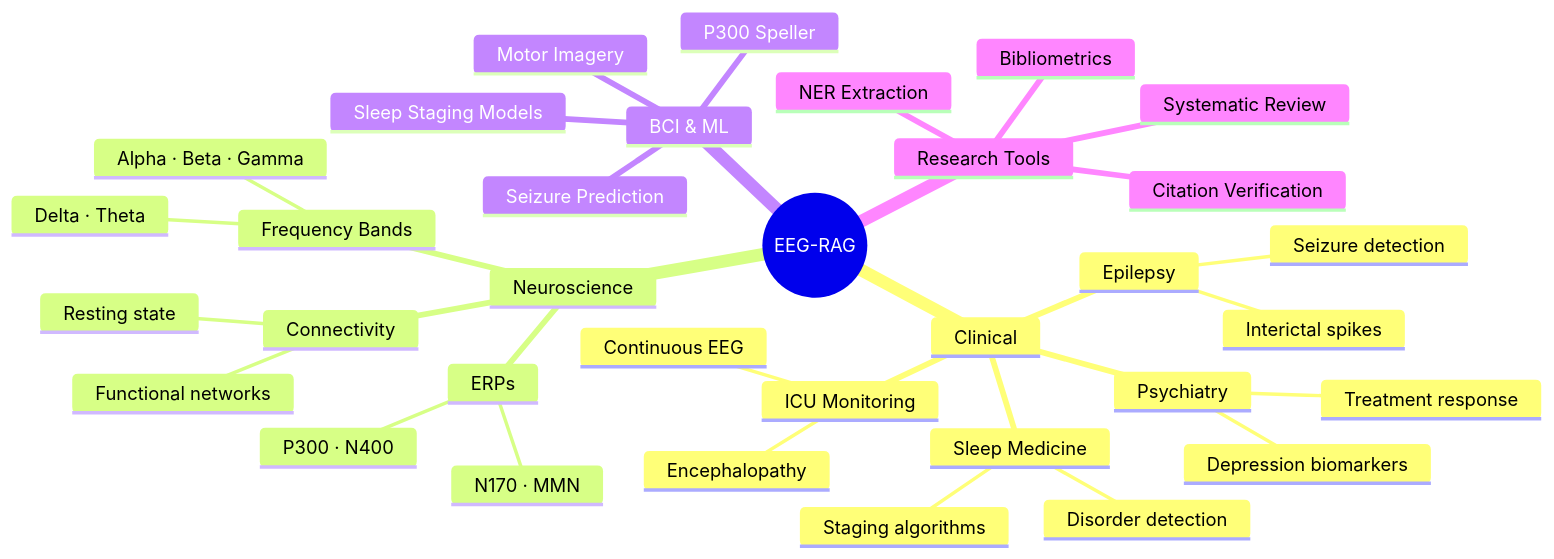
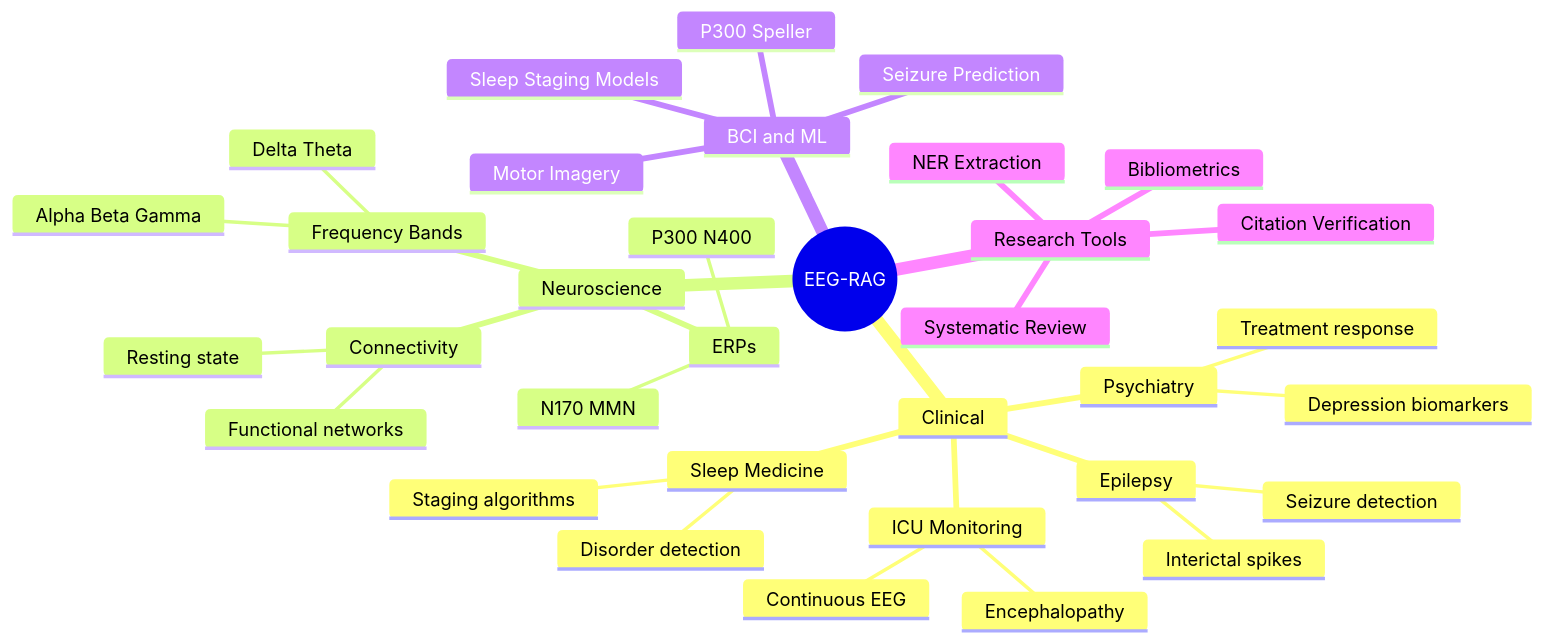
One commit to hkevin01/eeg-rag changed the third of 5 diagrams in README.md. Above: the diagram before and after it, drawn with Mermaid. The commit also changed other lines of this file, not shown here.

Commit message:
fix: improve readability of diagrams and text in README.md

````diff
--- a/README.md
+++ b/README.md
@@ -215,37 +224,37 @@
 ```mermaid
 mindmap
   root((EEG-RAG))
     Clinical
       Epilepsy
         Seizure detection
         Interictal spikes
       Sleep Medicine
         Staging algorithms
         Disorder detection
       ICU Monitoring
         Encephalopathy
         Continuous EEG
       Psychiatry
         Depression biomarkers
         Treatment response
     Neuroscience
       ERPs
-        P300 · N400
-        N170 · MMN
+        P300 N400
+        N170 MMN
       Frequency Bands
-        Delta · Theta
-        Alpha · Beta · Gamma
+        Delta Theta
+        Alpha Beta Gamma
       Connectivity
         Resting state
         Functional networks
-    BCI & ML
+    BCI and ML
       Motor Imagery
       P300 Speller
       Seizure Prediction
       Sleep Staging Models
     Research Tools
       Systematic Review
       Bibliometrics
       Citation Verification
       NER Extraction
 ```
````
